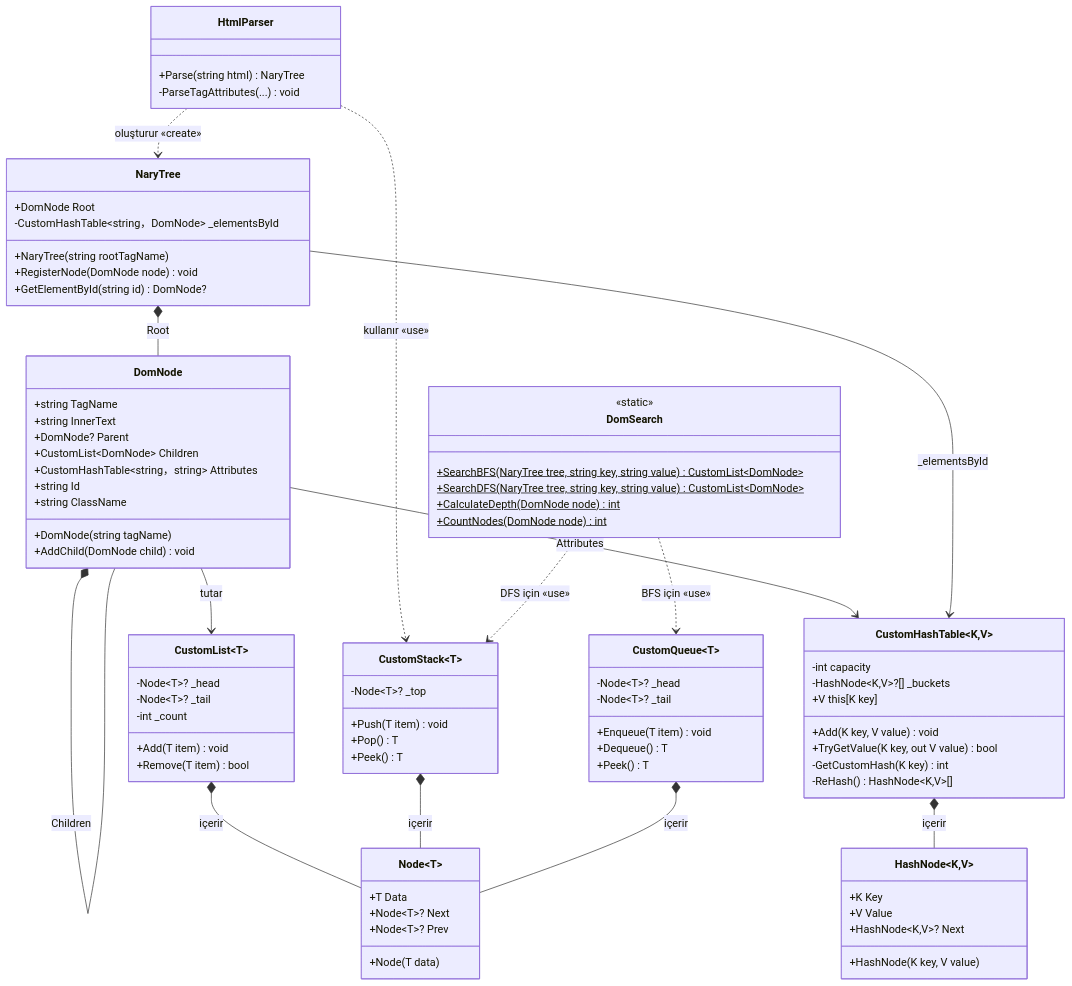
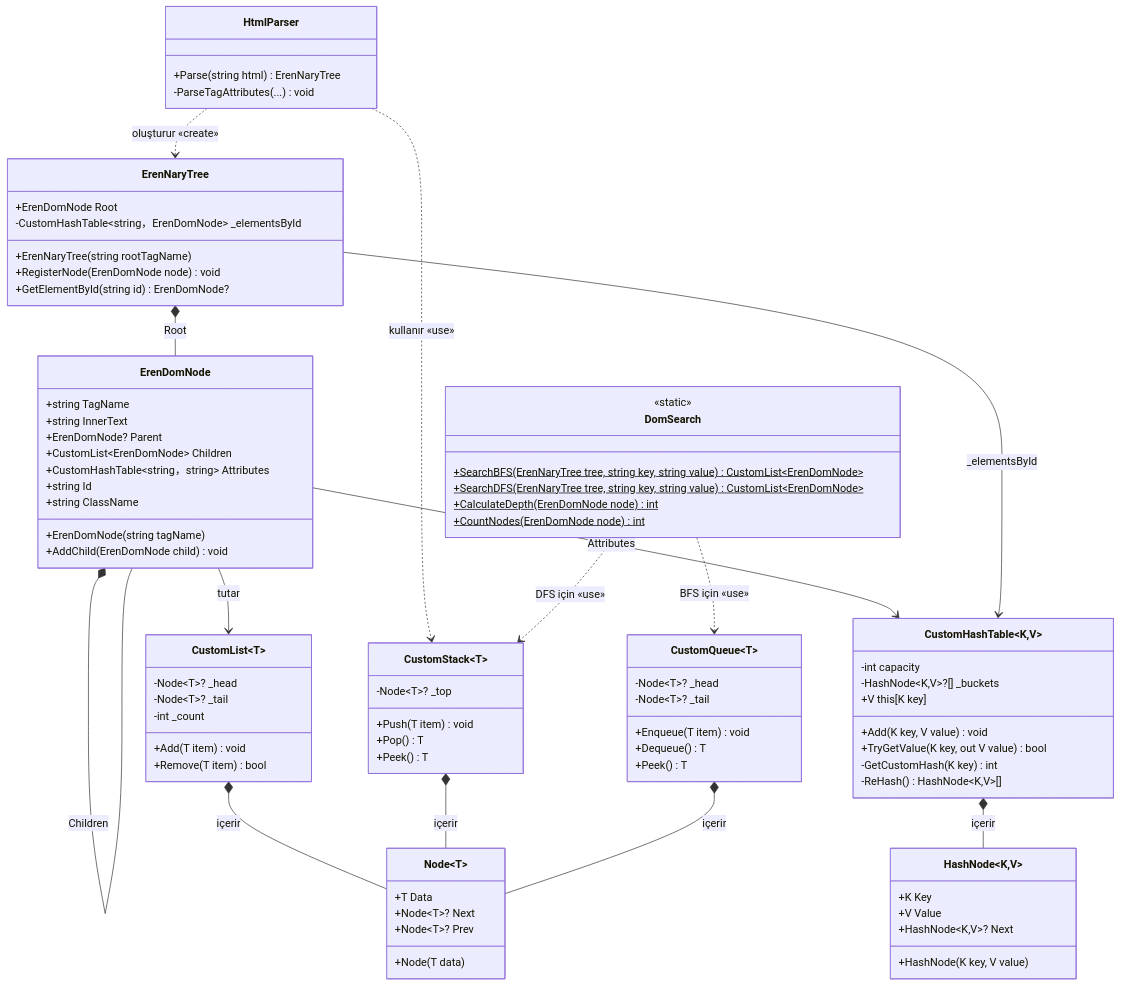
One commit to yagiz-dev/veri-yapilari-proje changed the diagram in README.md. Above: the diagram before and after it, drawn with Mermaid. The commit also changed other lines of this file and 5 other files, not shown here.

```diff
--- a/README.md
+++ b/README.md
@@ -142,24 +142,24 @@
     %% KATMAN 2 — Topology (Ağaç Topolojisi)
     %% ══════════════════════════════════════════════
 
-    class DomNode {
+    class ErenDomNode {
         +string TagName
         +string InnerText
-        +DomNode? Parent
-        +CustomList~DomNode~ Children
+        +ErenDomNode? Parent
+        +CustomList~ErenDomNode~ Children
         +CustomHashTable~string，string~ Attributes
         +string Id
         +string ClassName
-        +DomNode(string tagName)
-        +AddChild(DomNode child) void
+        +ErenDomNode(string tagName)
+        +AddChild(ErenDomNode child) void
     }
 
-    class NaryTree {
-        +DomNode Root
-        -CustomHashTable~string，DomNode~ _elementsById
-        +NaryTree(string rootTagName)
-        +RegisterNode(DomNode node) void
-        +GetElementById(string id) DomNode?
+    class ErenNaryTree {
+        +ErenDomNode Root
+        -CustomHashTable~string，ErenDomNode~ _elementsById
+        +ErenNaryTree(string rootTagName)
+        +RegisterNode(ErenDomNode node) void
+        +GetElementById(string id) ErenDomNode?
     }
 
     %% ══════════════════════════════════════════════
@@ -167,16 +167,16 @@
     %% ══════════════════════════════════════════════
 
     class HtmlParser {
-        +Parse(string html) NaryTree
+        +Parse(string html) ErenNaryTree
         -ParseTagAttributes(...) void
     }
 
     class DomSearch {
         <<static>>
-        +SearchBFS(NaryTree tree, string key, string value)$ CustomList~DomNode~
-        +SearchDFS(NaryTree tree, string key, string value)$ CustomList~DomNode~
-        +CalculateDepth(DomNode node)$ int
-        +CountNodes(DomNode node)$ int
+        +SearchBFS(ErenNaryTree tree, string key, string value)$ CustomList~ErenDomNode~
+        +SearchDFS(ErenNaryTree tree, string key, string value)$ CustomList~ErenDomNode~
+        +CalculateDepth(ErenDomNode node)$ int
+        +CountNodes(ErenDomNode node)$ int
     }
 
     %% ══════════════════════════════════════════════
@@ -188,13 +188,13 @@
     `CustomQueue~T~` *-- `Node~T~` : içerir
     `CustomHashTable~K,V~` *-- `HashNode~K,V~` : içerir
     
-    NaryTree *-- DomNode : Root
-    DomNode *-- DomNode : Children
-    DomNode --> `CustomList~DomNode~` : tutar
-    DomNode --> `CustomHashTable~string，string~` : Attributes
-    NaryTree --> `CustomHashTable~string，DomNode~` : _elementsById
+    ErenNaryTree *-- ErenDomNode : Root
+    ErenDomNode *-- ErenDomNode : Children
+    ErenDomNode --> `CustomList~ErenDomNode~` : tutar
+    ErenDomNode --> `CustomHashTable~string，string~` : Attributes
+    ErenNaryTree --> `CustomHashTable~string，ErenDomNode~` : _elementsById
 
-    HtmlParser ..> NaryTree : oluşturur «create»
+    HtmlParser ..> ErenNaryTree : oluşturur «create»
     HtmlParser ..> `CustomStack~T~` : kullanır «use»
     DomSearch ..> `CustomQueue~T~` : BFS için «use»
     DomSearch ..> `CustomStack~T~` : DFS için «use»
```
